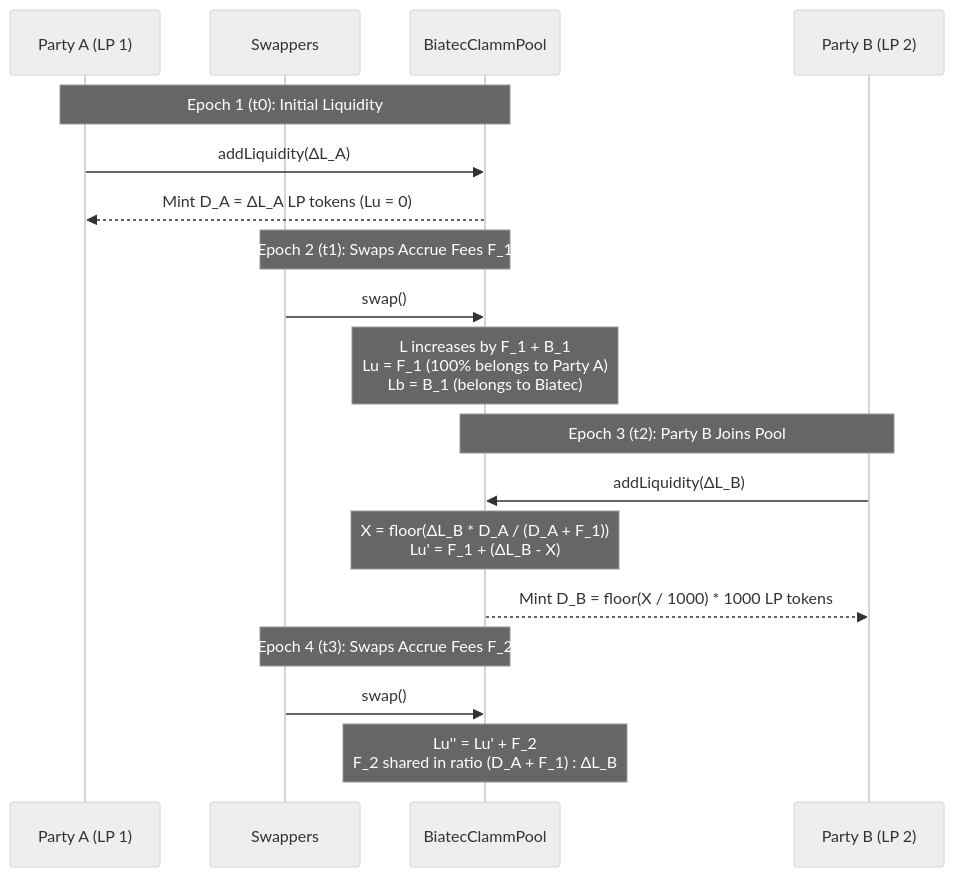
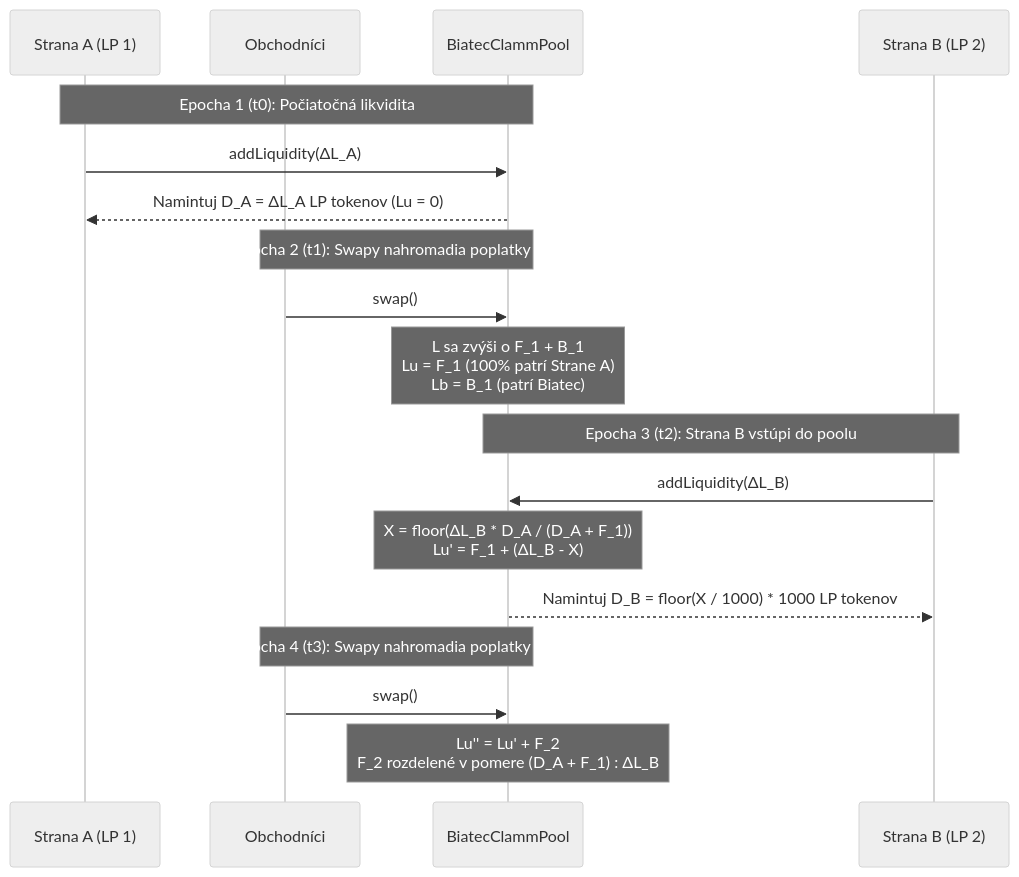
One commit to scholtz/BiatecCLAMM changed the first of 2 diagrams in docusaurus/i18n/sk/docusaurus-plugin-content-docs/current/multi-party-fee-aggregation.md. Above: the diagram before and after it, drawn with Mermaid (neutral theme). The commit also changed other lines of this file and 2 other files, not shown here.

Commit message:
docs(sk): address code review findings in Mermaid labels, index, and integration-guide

````diff
--- a/docusaurus/i18n/sk/docusaurus-plugin-content-docs/current/multi-party-fee-aggregation.md
+++ b/docusaurus/i18n/sk/docusaurus-plugin-content-docs/current/multi-party-fee-aggregation.md
@@ -91,24 +91,24 @@
 ```mermaid
 sequenceDiagram
-    participant Alice as Party A (LP 1)
-    participant Trader as Swappers
+    participant Alice as Strana A (LP 1)
+    participant Trader as Obchodníci
     participant Pool as BiatecClammPool
-    participant Bob as Party B (LP 2)
+    participant Bob as Strana B (LP 2)
 
-    Note over Alice,Pool: Epoch 1 (t0): Initial Liquidity
+    Note over Alice,Pool: Epocha 1 (t0): Počiatočná likvidita
     Alice->>Pool: addLiquidity(ΔL_A)
-    Pool-->>Alice: Mint D_A = ΔL_A LP tokens (Lu = 0)
+    Pool-->>Alice: Namintuj D_A = ΔL_A LP tokenov (Lu = 0)
 
-    Note over Trader,Pool: Epoch 2 (t1): Swaps Accrue Fees F_1
+    Note over Trader,Pool: Epocha 2 (t1): Swapy nahromadia poplatky F_1
     Trader->>Pool: swap()
-    Note over Pool: L increases by F_1 + B_1<br/>Lu = F_1 (100% belongs to Party A)<br/>Lb = B_1 (belongs to Biatec)
+    Note over Pool: L sa zvýši o F_1 + B_1<br/>Lu = F_1 (100% patrí Strane A)<br/>Lb = B_1 (patrí Biatec)
 
-    Note over Bob,Pool: Epoch 3 (t2): Party B Joins Pool
+    Note over Bob,Pool: Epocha 3 (t2): Strana B vstúpi do poolu
     Bob->>Pool: addLiquidity(ΔL_B)
     Note over Pool: X = floor(ΔL_B * D_A / (D_A + F_1))<br/>Lu' = F_1 + (ΔL_B - X)
-    Pool-->>Bob: Mint D_B = floor(X / 1000) * 1000 LP tokens
+    Pool-->>Bob: Namintuj D_B = floor(X / 1000) * 1000 LP tokenov
 
-    Note over Trader,Pool: Epoch 4 (t3): Swaps Accrue Fees F_2
+    Note over Trader,Pool: Epocha 4 (t3): Swapy nahromadia poplatky F_2
     Trader->>Pool: swap()
-    Note over Pool: Lu'' = Lu' + F_2<br/>F_2 shared in ratio (D_A + F_1) : ΔL_B
+    Note over Pool: Lu'' = Lu' + F_2<br/>F_2 rozdelené v pomere (D_A + F_1) : ΔL_B
 ```
````
